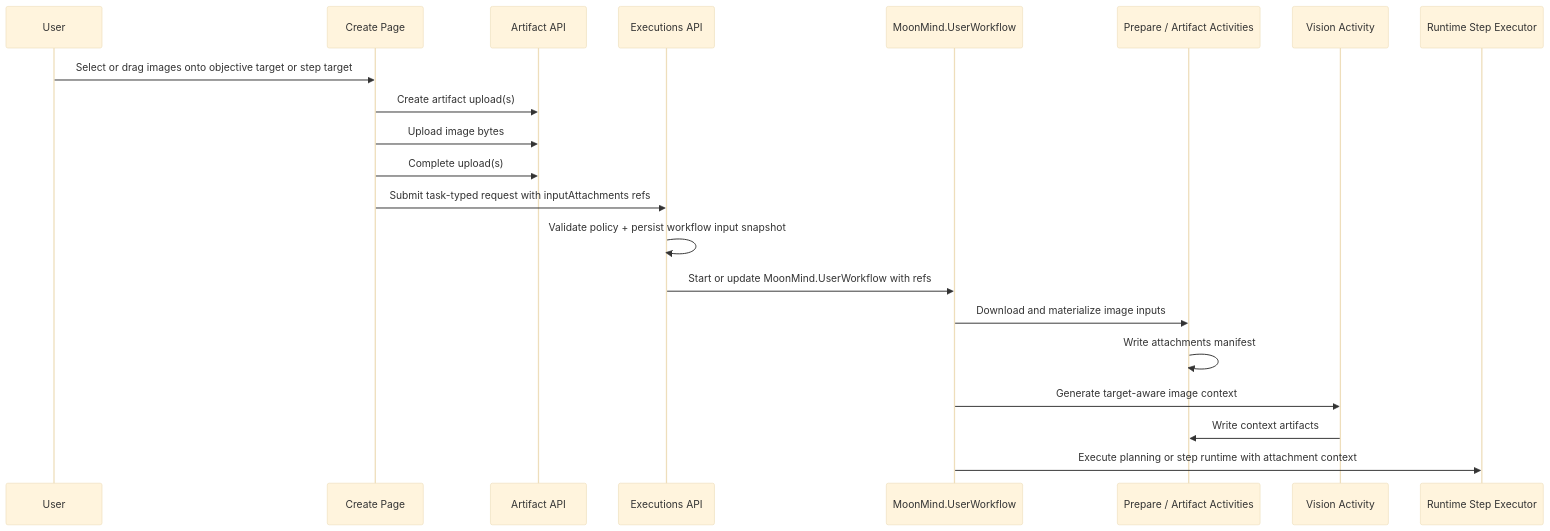
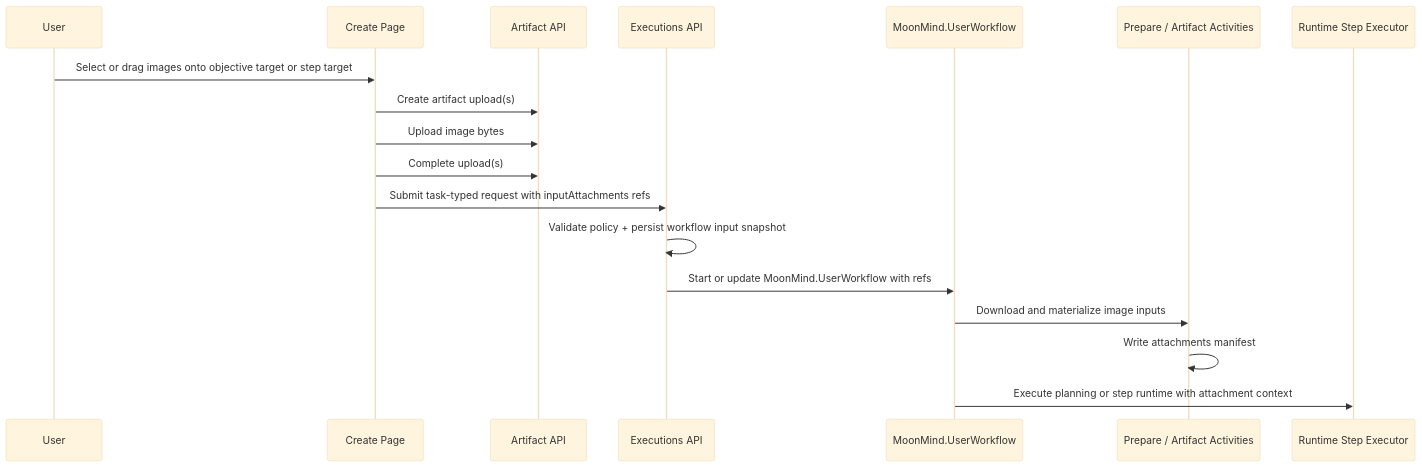
One commit to MoonLadderStudios/MoonMind changed the diagram in docs/Workflows/ImageSystem.md. Above: the diagram before and after it, drawn with Mermaid (base theme). The commit also changed other lines of this file and 8 other files, not shown here.

````diff
--- a/docs/Workflows/ImageSystem.md
+++ b/docs/Workflows/ImageSystem.md
@@ -99,24 +99,21 @@
 ```mermaid
 sequenceDiagram
     participant U as User
     participant C as Create Page
     participant A as Artifact API
     participant E as Executions API
     participant W as MoonMind.UserWorkflow
     participant P as Prepare / Artifact Activities
-    participant V as Vision Activity
     participant R as Runtime Step Executor
 
     U->>C: Select or drag images onto objective target or step target
     C->>A: Create artifact upload(s)
     C->>A: Upload image bytes
     C->>A: Complete upload(s)
     C->>E: Submit task-typed request with inputAttachments refs
     E->>E: Validate policy + persist workflow input snapshot
     E->>W: Start or update MoonMind.UserWorkflow with refs
     W->>P: Download and materialize image inputs
     P->>P: Write attachments manifest
-    W->>V: Generate target-aware image context
-    V->>P: Write context artifacts
     W->>R: Execute planning or step runtime with attachment context
 ```
````
